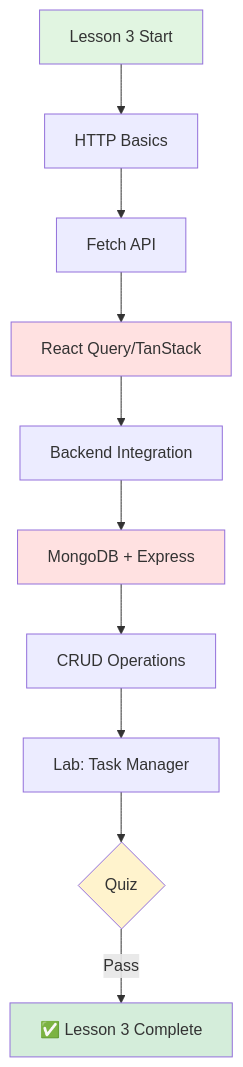
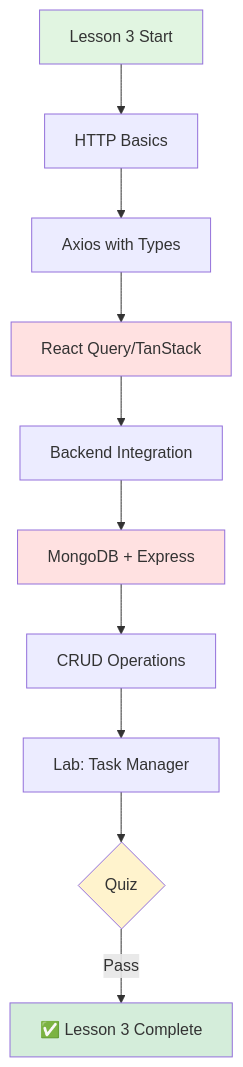
One commit to longndt/react-course changed the fifth of 8 diagrams in diagrams/course_roadmap.md. Above: the diagram before and after it, drawn with Mermaid. The commit also changed other lines of this file and 32 other files, not shown here.

````diff
--- a/diagrams/course_roadmap.md
+++ b/diagrams/course_roadmap.md
@@ -170,18 +174,18 @@
 ```mermaid
 flowchart TD
     A[Lesson 3 Start] --> B[HTTP Basics]
-    B --> C[Fetch API]
+    B --> C[Axios with Types]
     C --> D[React Query/TanStack]
     D --> E[Backend Integration]
     E --> F[MongoDB + Express]
     F --> G[CRUD Operations]
     G --> H[Lab: Task Manager]
     H --> I{Quiz}
     I -->|Pass| J[✅ Lesson 3 Complete]
 
     style A fill:#e1f5e1
     style J fill:#d4edda
     style I fill:#fff3cd
     style D fill:#ffe1e1
     style F fill:#ffe1e1
 ```
````
